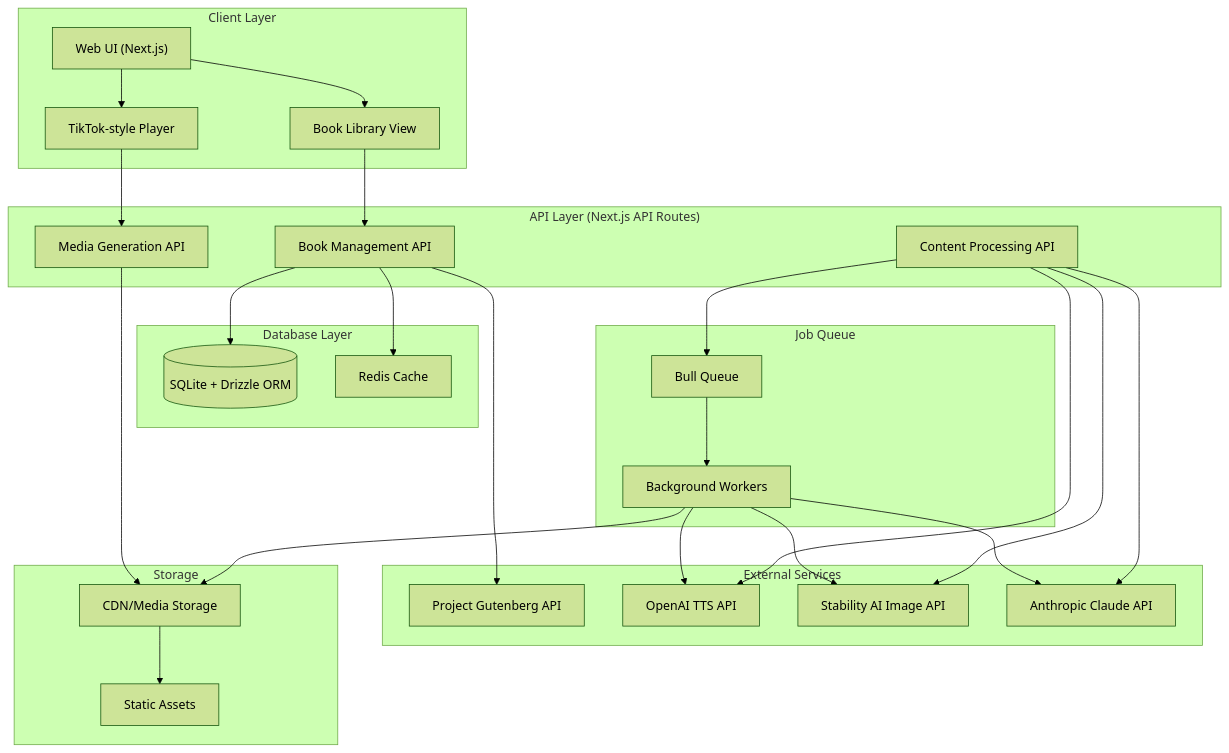
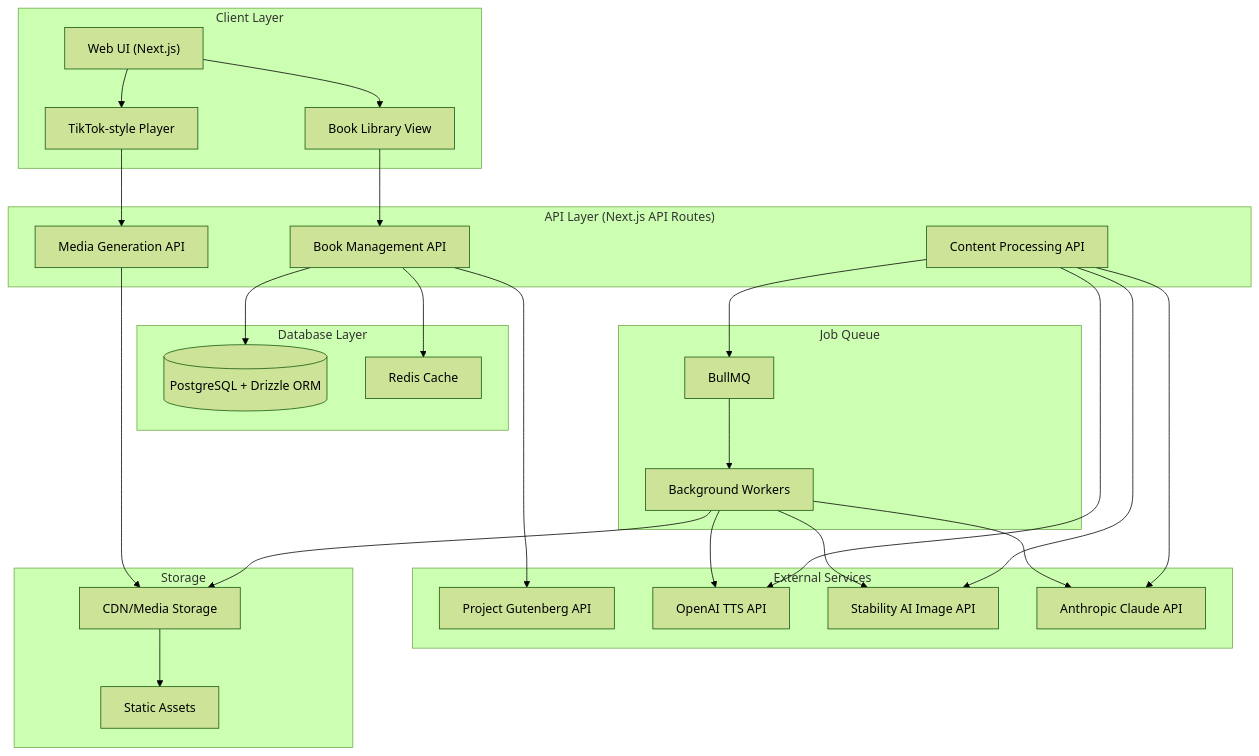
Before and after one commit to a1j9o94/visual_audio_book_v2: the first of 2 diagrams in project_architecture.md, drawn with Mermaid (forest theme). The commit also changed other lines of this file and 4 other files, not shown here.

Commit message:
Updated readme and project architecture

````diff
--- a/project_architecture.md
+++ b/project_architecture.md
@@ -1,64 +1,64 @@
 ```mermaid
 graph TB
     subgraph Client["Client Layer"]
         UI["Web UI (Next.js)"]
         BookList["Book Library View"]
         Player["TikTok-style Player"]
     end
 
     subgraph API["API Layer (Next.js API Routes)"]
         BookAPI["Book Management API"]
         ProcessingAPI["Content Processing API"]
         MediaAPI["Media Generation API"]
     end
 
     subgraph DB["Database Layer"]
-        SQLite[(SQLite + Drizzle ORM)]
+        Postgres[(PostgreSQL + Drizzle ORM)]
         Cache["Redis Cache"]
     end
 
     subgraph Queue["Job Queue"]
-        Bull["Bull Queue"]
+        Bull["BullMQ"]
         Workers["Background Workers"]
     end
 
     subgraph External["External Services"]
         Gutenberg["Project Gutenberg API"]
         OpenAI["OpenAI TTS API"]
         StabilityAI["Stability AI Image API"]
         Claude["Anthropic Claude API"]
     end
 
     subgraph Storage["Storage"]
         Assets["Static Assets"]
         CDN["CDN/Media Storage"]
     end
 
     %% Client Layer Connections
     UI --> BookList
     UI --> Player
     BookList --> BookAPI
     Player --> MediaAPI
 
     %% API Layer Connections
-    BookAPI --> SQLite
+    BookAPI --> Postgres
     BookAPI --> Cache
     ProcessingAPI --> Bull
     MediaAPI --> CDN
 
     %% Queue Connections
     Bull --> Workers
     Workers --> OpenAI
     Workers --> StabilityAI
     Workers --> Claude
     Workers --> CDN
 
     %% External Service Connections
     BookAPI --> Gutenberg
     ProcessingAPI --> OpenAI
     ProcessingAPI --> StabilityAI
     ProcessingAPI --> Claude
 
     %% Storage Connections
     CDN --> Assets
 ```
````
